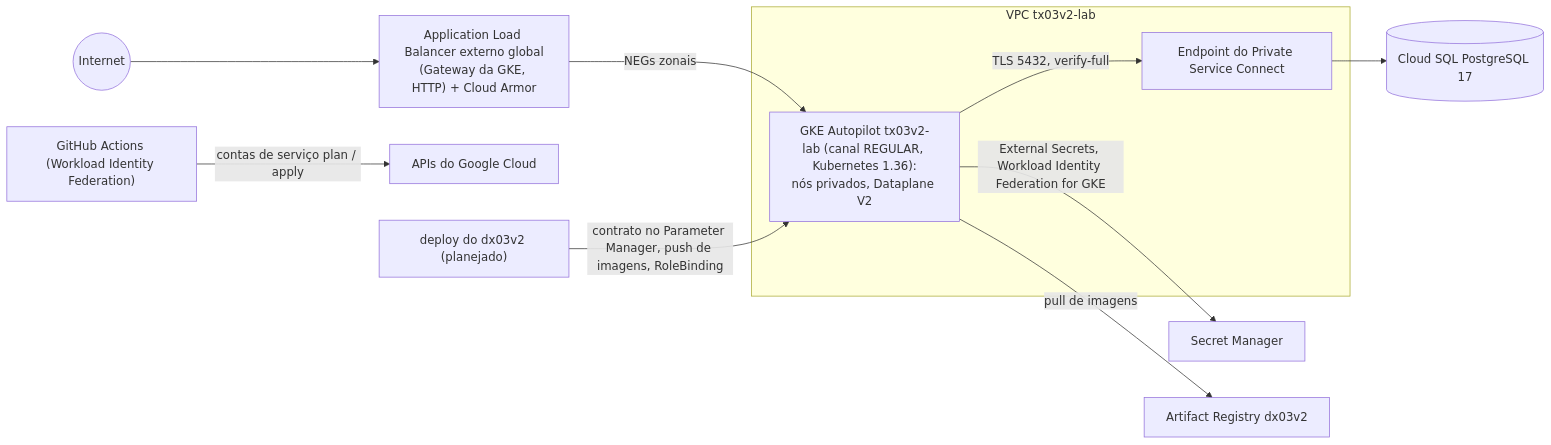
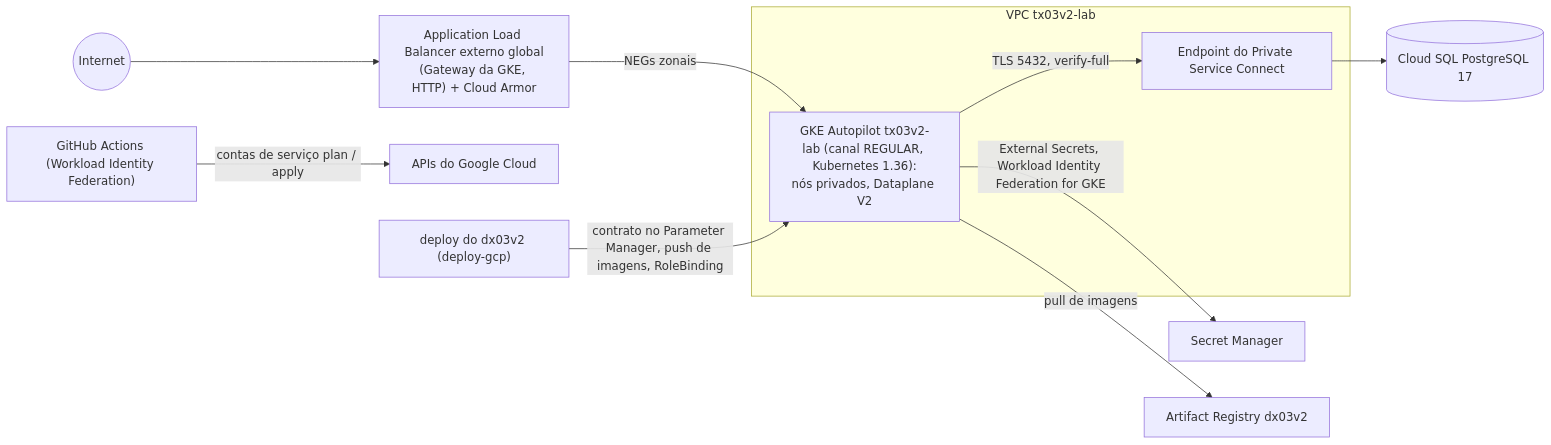
One commit to maringelix/tx03v2 changed the diagram in README.pt-BR.md. Above: the diagram before and after it, drawn with Mermaid. The commit also changed other lines of this file and 7 other files, not shown here.

````diff
--- a/README.pt-BR.md
+++ b/README.pt-BR.md
@@ -55,14 +55,14 @@
 ```mermaid
 flowchart LR
   internet((Internet)) --> lb["Application Load Balancer externo global<br/>(Gateway da GKE, HTTP) + Cloud Armor"]
   subgraph vpc["VPC tx03v2-lab"]
     gke["GKE Autopilot tx03v2-lab (canal REGULAR, Kubernetes 1.36):<br/>nós privados, Dataplane V2"]
     psc["Endpoint do Private Service Connect"]
   end
   lb -->|NEGs zonais| gke
   gke -->|TLS 5432, verify-full| psc --> sql[("Cloud SQL PostgreSQL 17")]
   gke -->|External Secrets, Workload Identity Federation for GKE| sm["Secret Manager"]
   gke -->|pull de imagens| ar["Artifact Registry dx03v2"]
   gha["GitHub Actions (Workload Identity Federation)"] -->|contas de serviço plan / apply| apis["APIs do Google Cloud"]
-  dx["deploy do dx03v2 (planejado)"] -->|contrato no Parameter Manager, push de imagens, RoleBinding| gke
+  dx["deploy do dx03v2 (deploy-gcp)"] -->|contrato no Parameter Manager, push de imagens, RoleBinding| gke
 ```
````
